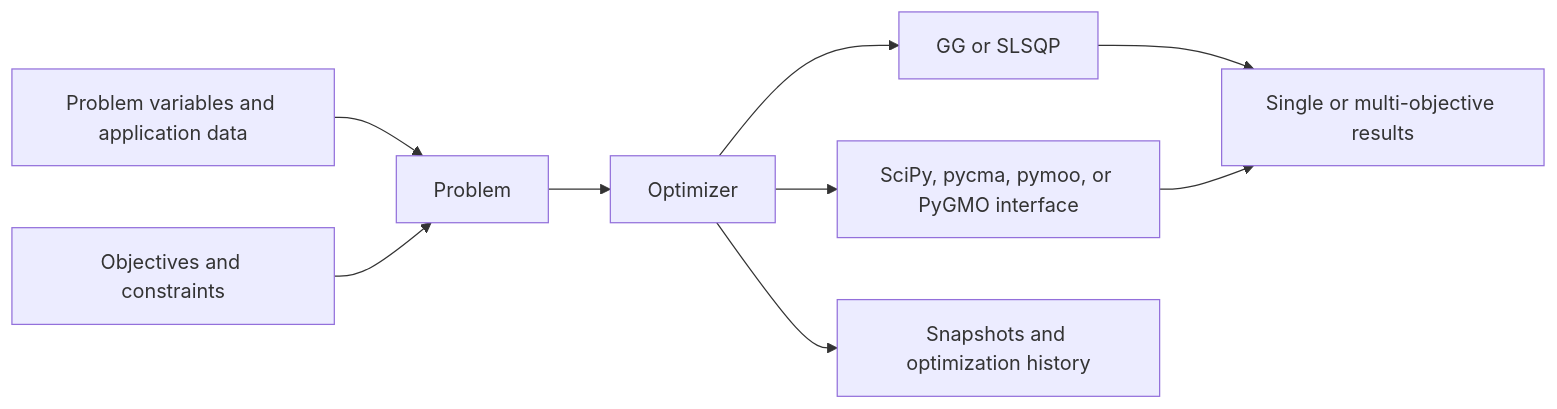
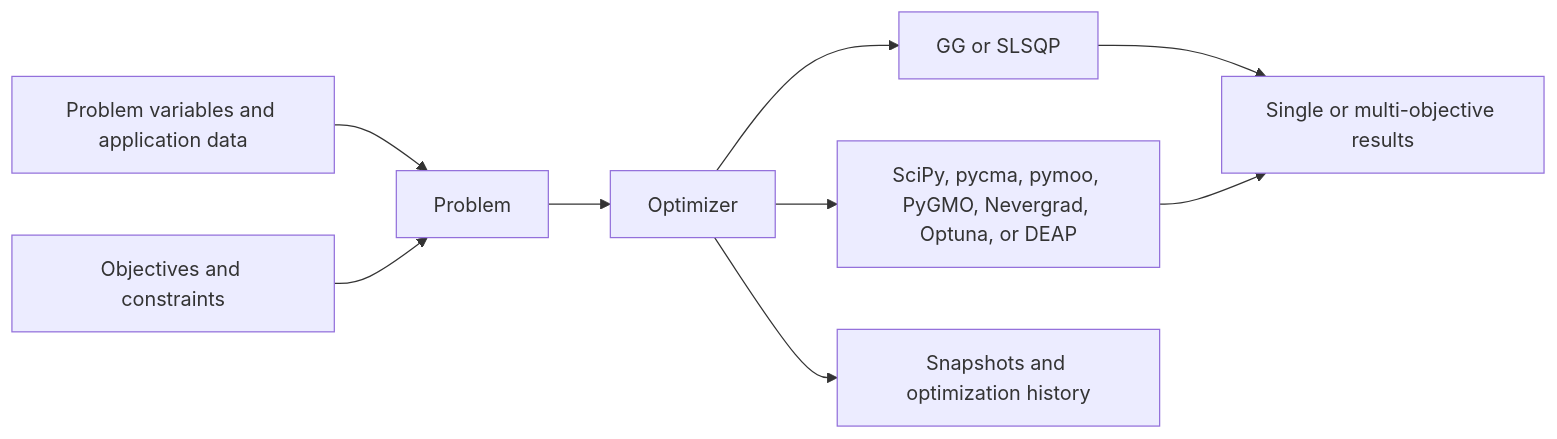
The diagram in docs/architecture.md (FraunhoferIWES/iwopy), drawn with Mermaid before and after one commit. The commit also changed other lines of this file and 132 other files, not shown here.

````diff
--- a/docs/architecture.md
+++ b/docs/architecture.md
@@ -40,11 +40,11 @@
 ```mermaid
 flowchart LR
     Caller[Problem variables and application data] --> Problem
     Functions[Objectives and constraints] --> Problem
     Problem --> Optimizer
     Optimizer --> Native[GG or SLSQP]
-	Optimizer --> Interfaces[SciPy, pycma, pymoo, or PyGMO interface]
+	Optimizer --> Interfaces[SciPy, pycma, pymoo, PyGMO, Nevergrad, Optuna, or DEAP]
     Native --> Results[Single or multi-objective results]
     Interfaces --> Results
     Optimizer --> Callbacks[Snapshots and optimization history]
 ```
````
